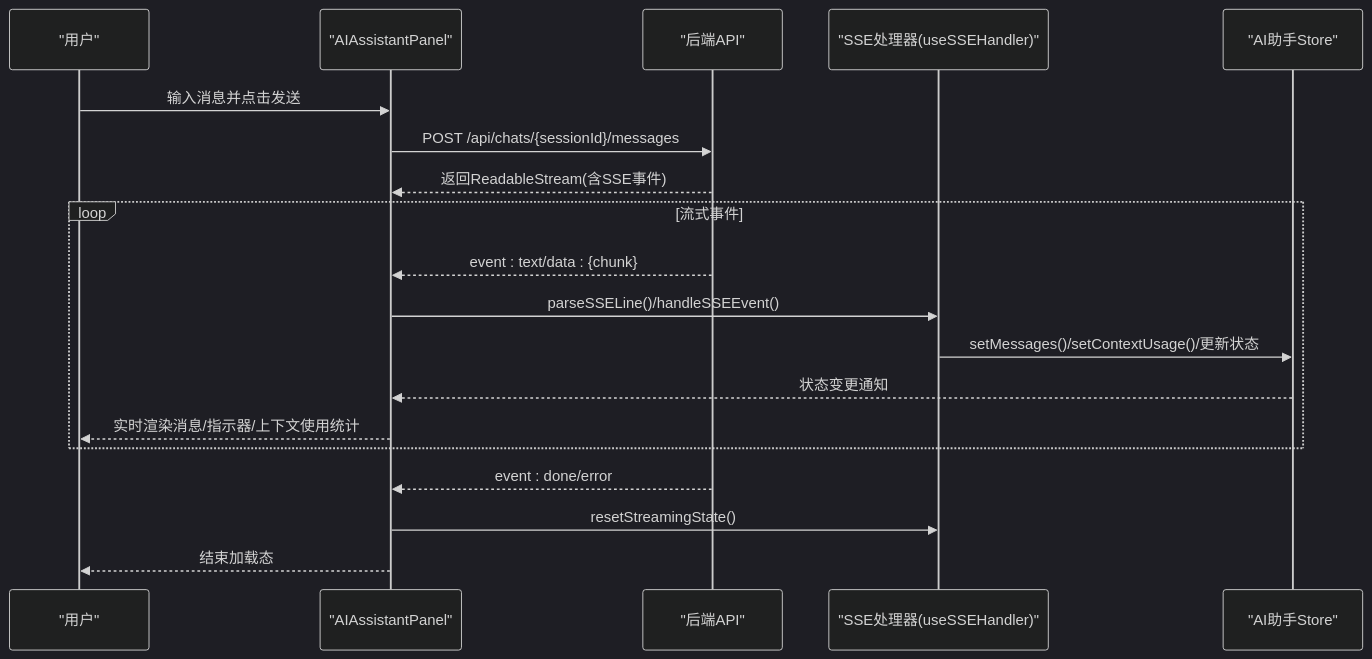
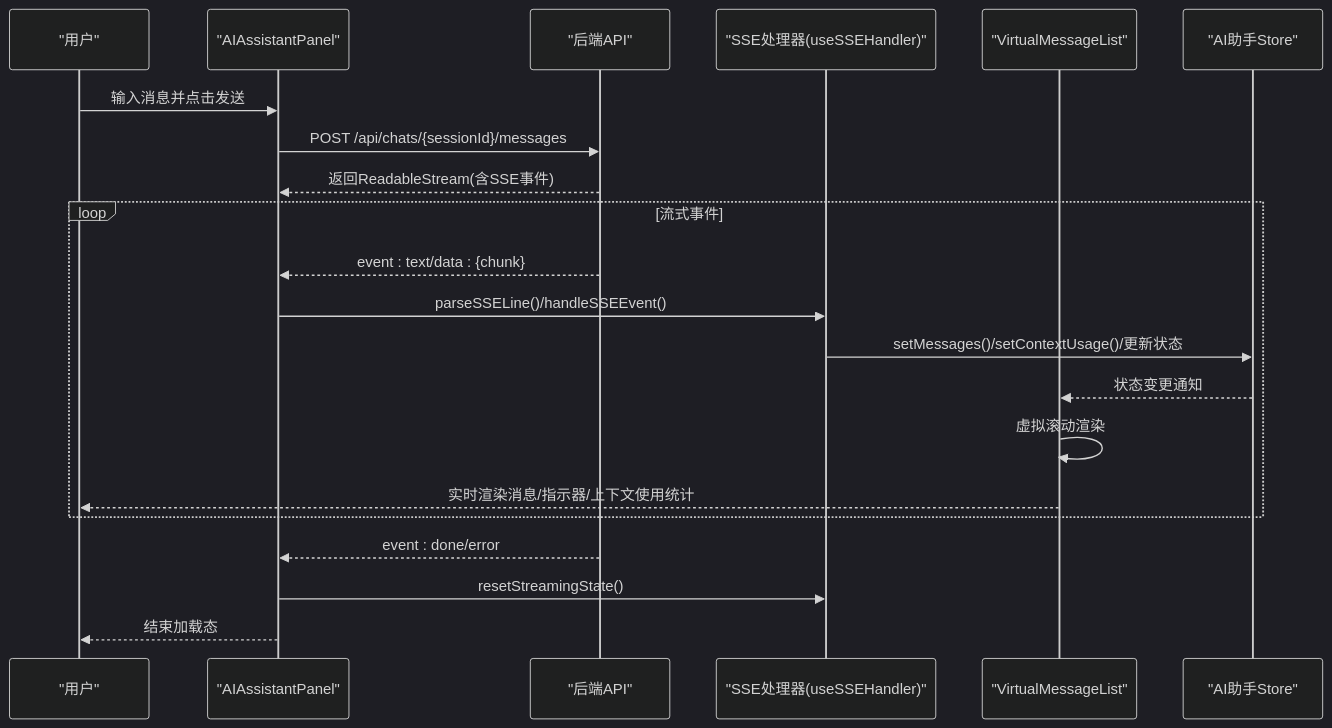
One commit to KunLabAI/KunFlix changed the second of 5 diagrams in .qoder/repowiki/zh/content/前端应用架构/UI组件库/AI助手组件.md. Above: the diagram before and after it, drawn with Mermaid (dark theme). The commit also changed other lines of this file and 8 other files, not shown here.

````diff
--- a/.qoder/repowiki/zh/content/前端应用架构/UI组件库/AI助手组件.md
+++ b/.qoder/repowiki/zh/content/前端应用架构/UI组件库/AI助手组件.md
@@ -155,21 +173,23 @@
 ```mermaid
 sequenceDiagram
 participant U as "用户"
 participant P as "AIAssistantPanel"
 participant API as "后端API"
 participant SSE as "SSE处理器(useSSEHandler)"
+participant VML as "VirtualMessageList"
 participant S as "AI助手Store"
 U->>P : 输入消息并点击发送
 P->>API : POST /api/chats/{sessionId}/messages
 API-->>P : 返回ReadableStream(含SSE事件)
 loop 流式事件
 API-->>P : event : text/data : {chunk}
 P->>SSE : parseSSELine()/handleSSEEvent()
 SSE->>S : setMessages()/setContextUsage()/更新状态
-S-->>P : 状态变更通知
-P-->>U : 实时渲染消息/指示器/上下文使用统计
+S-->>VML : 状态变更通知
+VML->>VML : 虚拟滚动渲染
+VML-->>U : 实时渲染消息/指示器/上下文使用统计
 end
 API-->>P : event : done/error
 P->>SSE : resetStreamingState()
 P-->>U : 结束加载态
 ```
````
